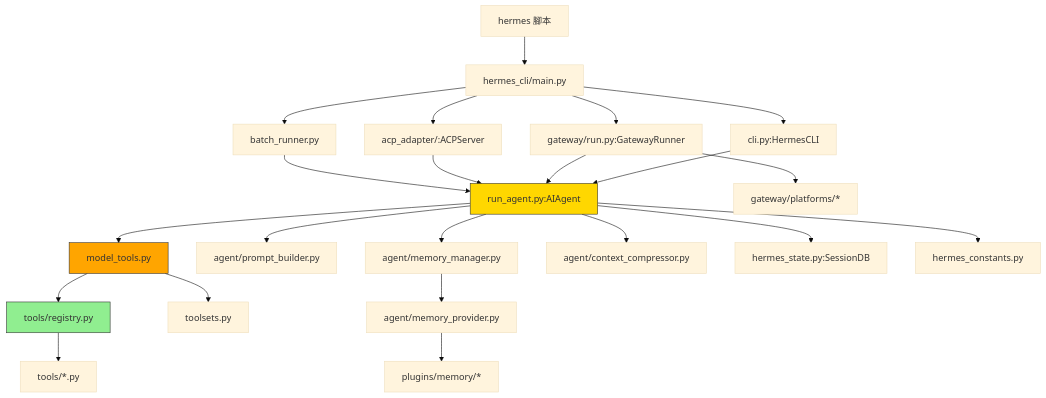
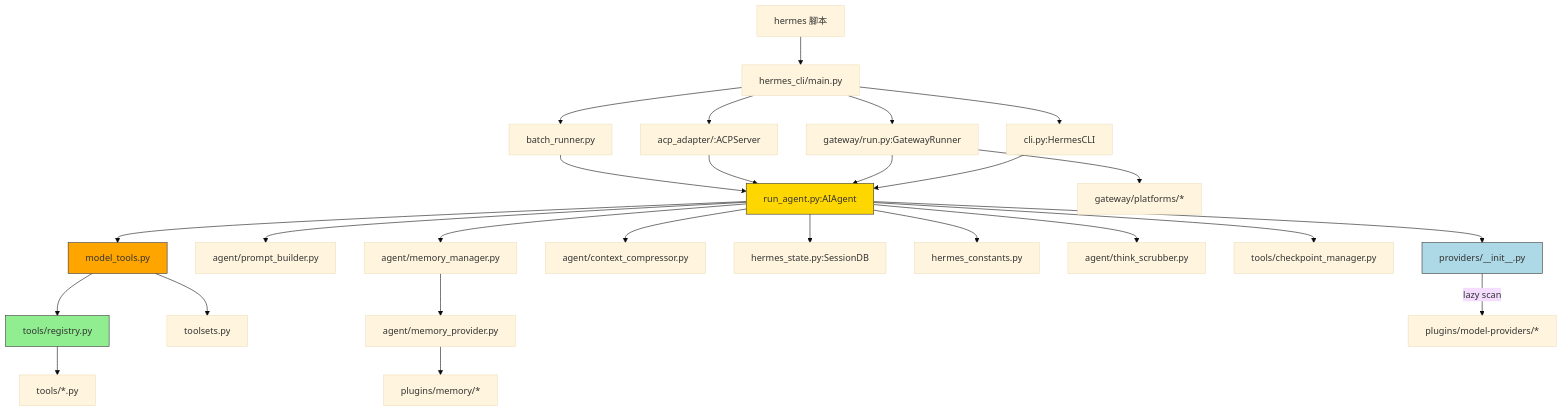
The diagram in .trace/CODEBASE_MAP.md (pichiu/hermes-agent), drawn with Mermaid (base theme) before and after one commit. The commit also changed other lines of this file, not shown here.

Commit message:
trace: update CODEBASE_MAP for v0.13 - providers/, locales/, model-providers plugins

````diff
--- a/.trace/CODEBASE_MAP.md
+++ b/.trace/CODEBASE_MAP.md
@@ -215,35 +246,42 @@
 ```mermaid
 graph TD
     A[hermes 腳本] --> B[hermes_cli/main.py]
     B --> C[cli.py:HermesCLI]
     B --> D[gateway/run.py:GatewayRunner]
     B --> E[acp_adapter/:ACPServer]
     B --> F[batch_runner.py]
 
     C --> G[run_agent.py:AIAgent]
     D --> G
     E --> G
     F --> G
 
     G --> H[model_tools.py]
     G --> I[agent/prompt_builder.py]
     G --> J[agent/memory_manager.py]
     G --> K[agent/context_compressor.py]
 
     H --> L[tools/registry.py]
     L --> M[tools/*.py]
 
     G --> N[hermes_state.py:SessionDB]
     G --> O[hermes_constants.py]
 
     H --> P[toolsets.py]
 
     J --> Q[agent/memory_provider.py]
     Q --> R[plugins/memory/*]
 
     D --> S[gateway/platforms/*]
 
+    G --> T[agent/think_scrubber.py]
+    G --> U[tools/checkpoint_manager.py]
+
+    V[providers/__init__.py] -->|lazy scan| W[plugins/model-providers/*]
+    G --> V
+
     style G fill:#FFD700,stroke:#333
     style H fill:#FFA500,stroke:#333
     style L fill:#90EE90,stroke:#333
+    style V fill:#ADD8E6,stroke:#333
 ```
````
